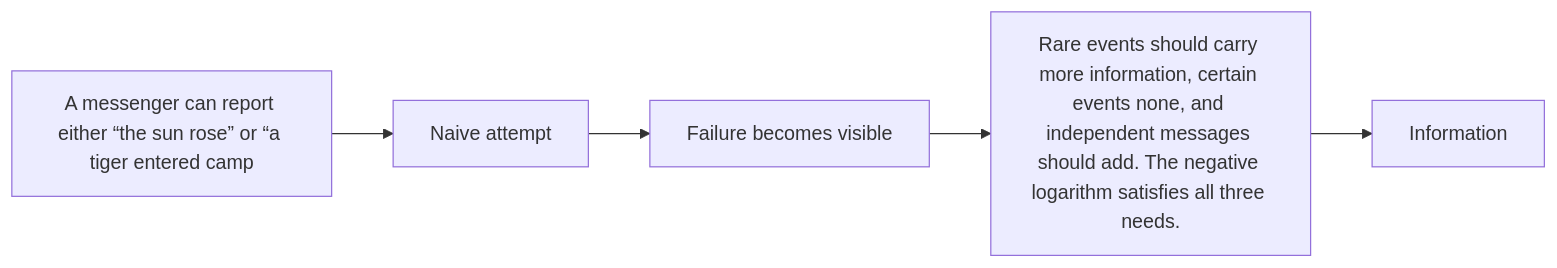
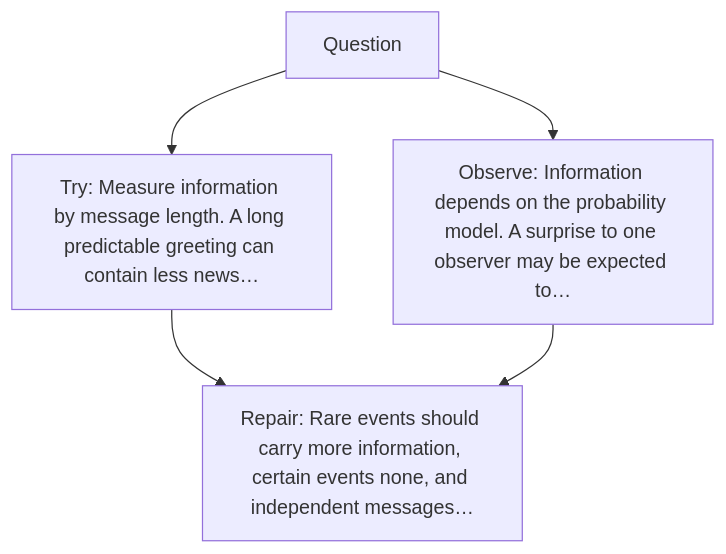
One commit to kleem-labs/AI-Archaeology changed the diagram in excavations/019-information/diagram.md. Above: the diagram before and after it, drawn with Mermaid. The commit also changed other lines of this file and 288 other files, not shown here.

````diff
--- a/excavations/019-information/diagram.md
+++ b/excavations/019-information/diagram.md
@@ -3,7 +5,7 @@
-~~~mermaid
-flowchart LR
- A["A messenger can report either “the sun rose” or “a tiger entered camp"] --> B["Naive attempt"]
- B --> C["Failure becomes visible"]
- C --> D["Rare events should carry more information, certain events none, and independent messages should add. The negative logarithm satisfies all three needs."]
- D --> E["Information"]
-~~~
+```mermaid
+flowchart TD
+    A["Question"] --> B["Try: Measure information by message length. A long predictable greeting can contain less news…"]
+    A --> C["Observe: Information depends on the probability model. A surprise to one observer may be expected to…"]
+    B --> D["Repair: Rare events should carry more information, certain events none, and independent messages…"]
+    C --> D
+```
````
